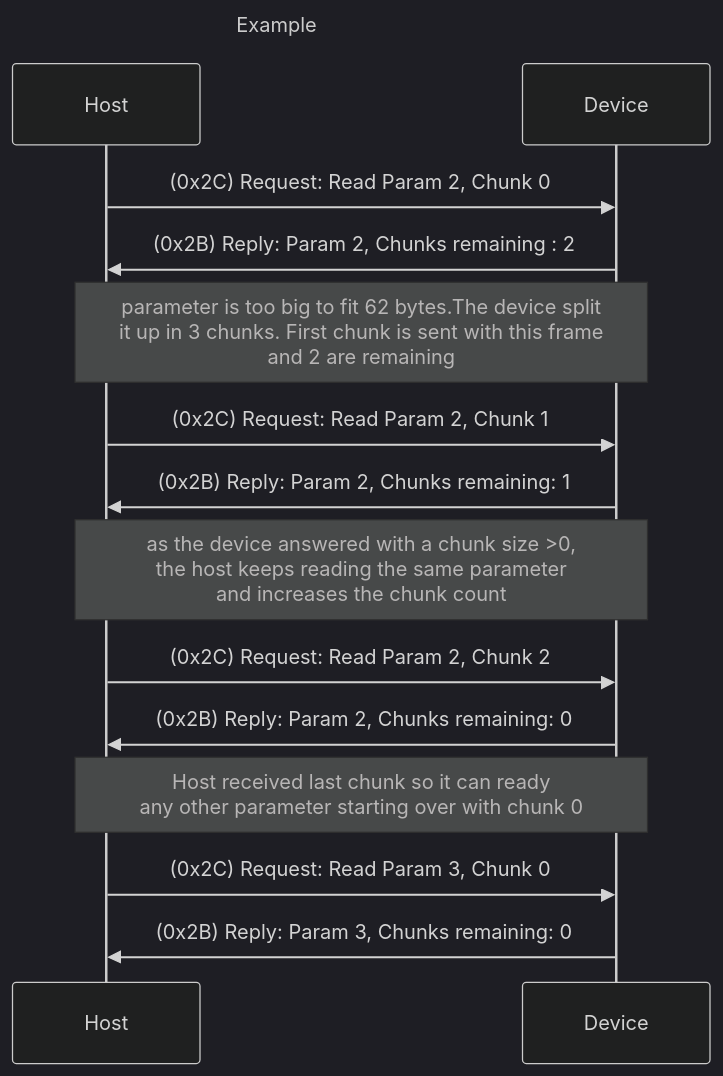
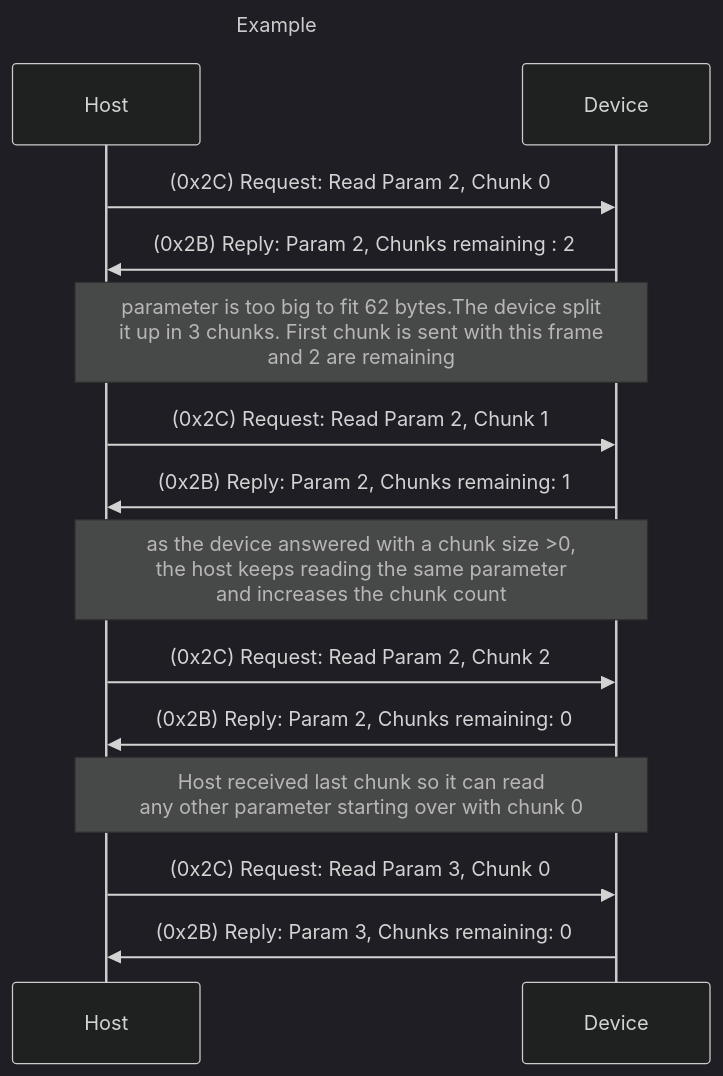
Before and after one commit to wimalopaan/tbs-crsf-spec: the third of 7 diagrams in crsf.md, drawn with Mermaid (dark theme). The commit also changed other lines of this file, not shown here.

````diff
--- a/crsf.md
+++ b/crsf.md
@@ -669,21 +670,21 @@
 ```mermaid
 ---
 title: Example
 ---
 sequenceDiagram
 
     Host->>Device: (0x2C) Request: Read Param 2, Chunk 0
     Device->>Host: (0x2B) Reply: Param 2, Chunks remaining : 2
     note over Host,Device: parameter is too big to fit 62 bytes.The device split<br/>it up in 3 chunks. First chunk is sent with this frame<br/>and 2 are remaining
 
     Host->>Device: (0x2C) Request: Read Param 2, Chunk 1
     Device->>Host: (0x2B) Reply: Param 2, Chunks remaining: 1
     note over Host,Device: as the device answered with a chunk size >0,<br/>the host keeps reading the same parameter<br/>and increases the chunk count
 
     Host->>Device: (0x2C) Request: Read Param 2, Chunk 2
     Device->>Host: (0x2B) Reply: Param 2, Chunks remaining: 0
 
-    note over Host,Device: Host received last chunk so it can ready<br/>any other parameter starting over with chunk 0
+    note over Host,Device: Host received last chunk so it can read<br/>any other parameter starting over with chunk 0
     Host->>Device: (0x2C) Request: Read Param 3, Chunk 0
     Device->>Host: (0x2B) Reply: Param 3, Chunks remaining: 0
 ```
````
